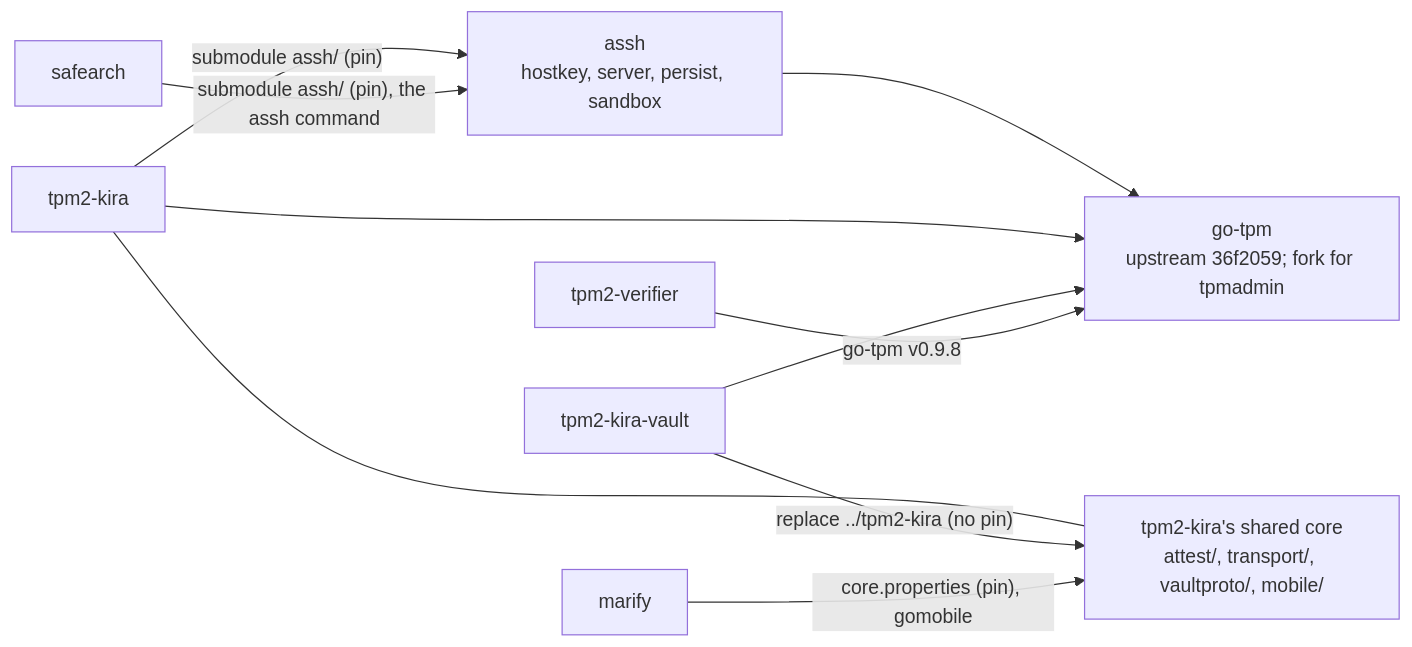
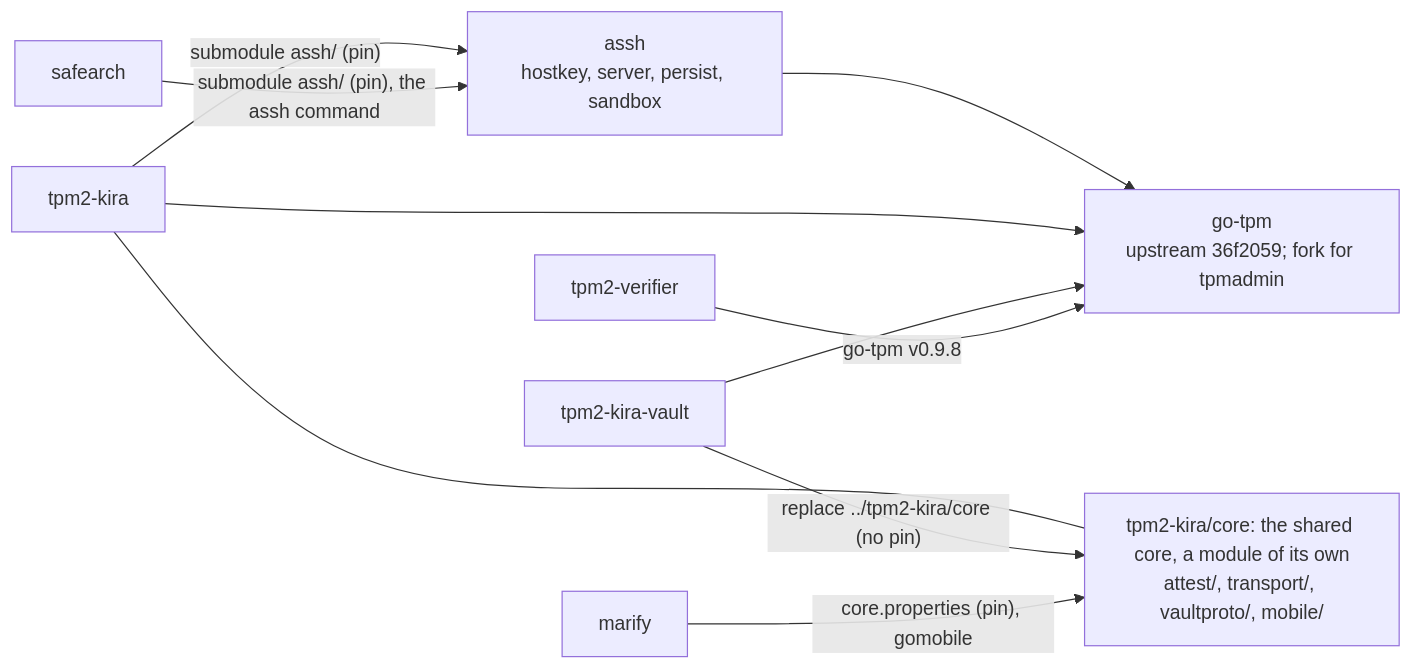
One commit to tpm2-trust/tpm2-trust changed the diagram in AGENTS.md. Above: the diagram before and after it, drawn with Mermaid. The commit also changed other lines of this file and 2 other files, not shown here.

Commit message:
go.work: tpm2-kira's core; AGENTS: the core module

````diff
--- a/AGENTS.md
+++ b/AGENTS.md
@@ -106,18 +106,18 @@
 ```mermaid
 flowchart LR
   ASSH["assh<br/>hostkey, server, persist, sandbox"]
   KIRA["tpm2-kira"]
-  CORE["tpm2-kira's shared core<br/>attest/, transport/, vaultproto/, mobile/"]
+  CORE["tpm2-kira/core: the shared core, a module of its own<br/>attest/, transport/, vaultproto/, mobile/"]
   VAULT["tpm2-kira-vault"]
   MARIFY["marify"]
   SAFE["safearch"]
   VER["tpm2-verifier"]
   GOTPM["go-tpm<br/>upstream 36f2059; fork for tpmadmin"]
   KIRA -->|"submodule assh/ (pin)"| ASSH
   SAFE -->|"submodule assh/ (pin), the assh command"| ASSH
   KIRA --- CORE
-  VAULT -->|"replace ../tpm2-kira (no pin)"| CORE
+  VAULT -->|"replace ../tpm2-kira/core (no pin)"| CORE
   MARIFY -->|"core.properties (pin), gomobile"| CORE
   ASSH & KIRA & VAULT --> GOTPM
   VER -->|"go-tpm v0.9.8"| GOTPM
 ```
````
